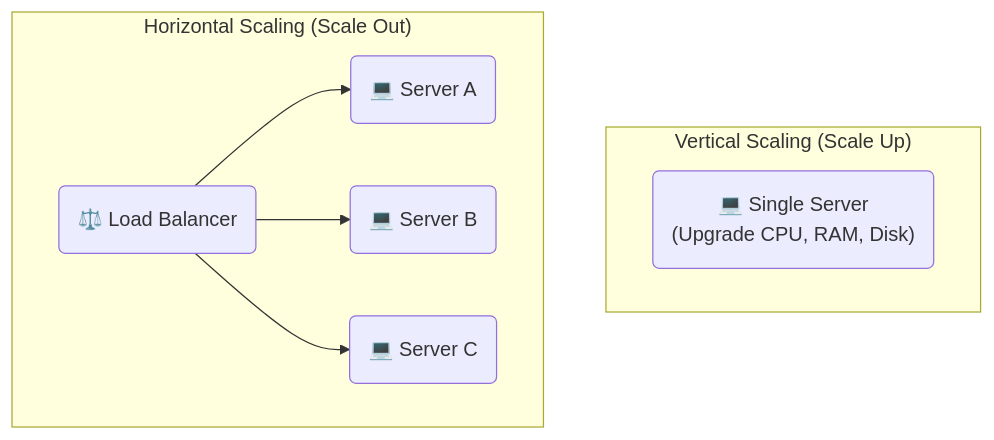
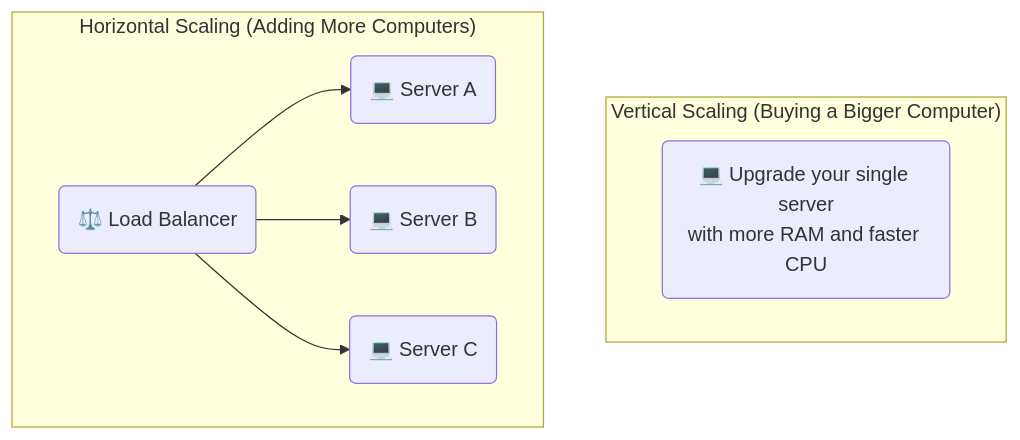
One commit to PKRacha/system-design changed the second of 2 diagrams in basics/01_scalability_network.md. Above: the diagram before and after it, drawn with Mermaid. The commit also changed other lines of this file and 6 other files, not shown here.

````diff
--- a/basics/01_scalability_network.md
+++ b/basics/01_scalability_network.md
@@ -36,13 +35,13 @@
 ```mermaid
 graph TD
-    subgraph Vertical ["Vertical Scaling (Scale Up)"]
-        V1("💻 Single Server<br>(Upgrade CPU, RAM, Disk)")
+    subgraph Vertical ["Vertical Scaling (Buying a Bigger Computer)"]
+        V1("💻 Upgrade your single server<br>with more RAM and faster CPU")
     end
     
-    subgraph Horizontal ["Horizontal Scaling (Scale Out)"]
+    subgraph Horizontal ["Horizontal Scaling (Adding More Computers)"]
         H1("💻 Server A")
         H2("💻 Server B")
         H3("💻 Server C")
         LB("⚖️ Load Balancer") --> H1 & H2 & H3
     end
 ```
````
